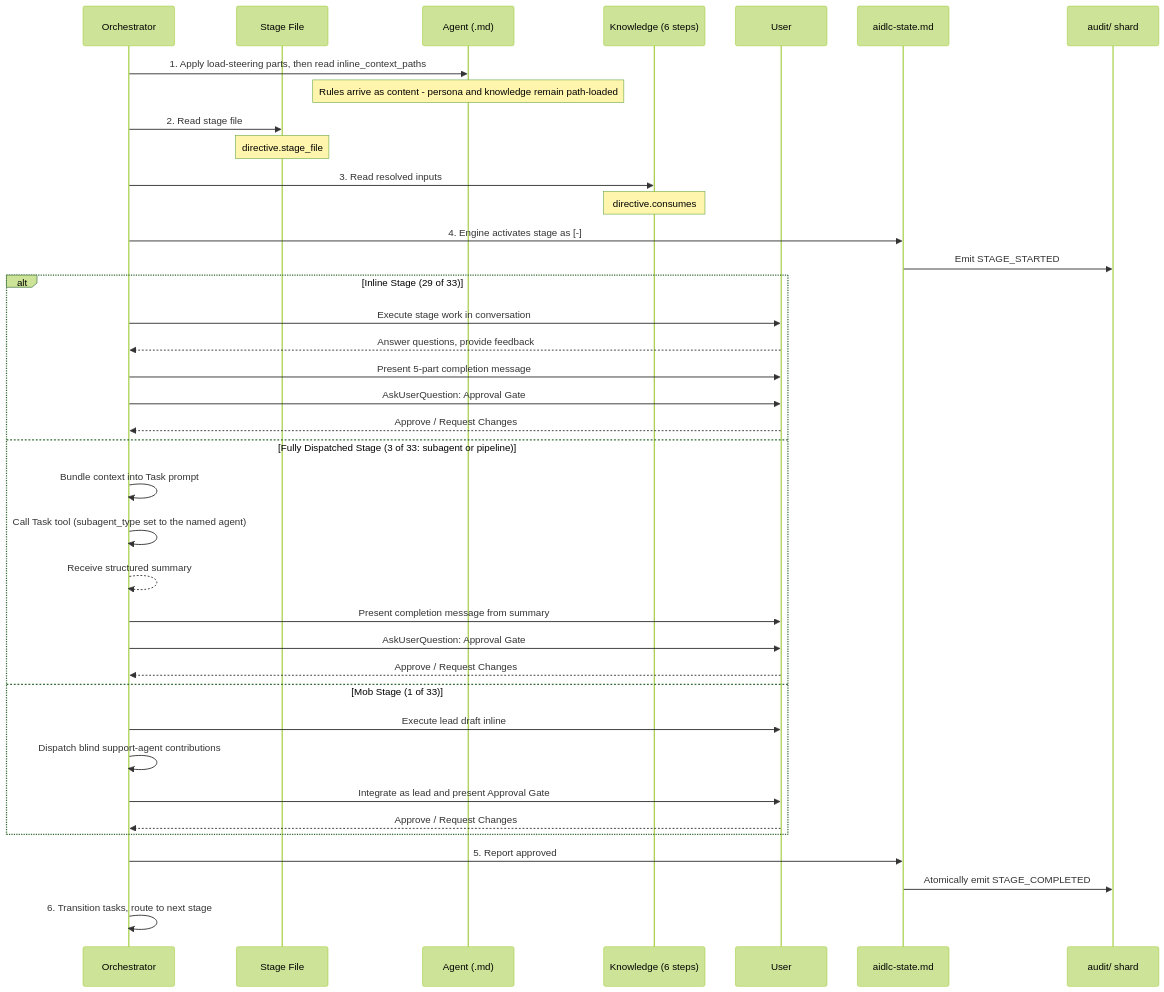
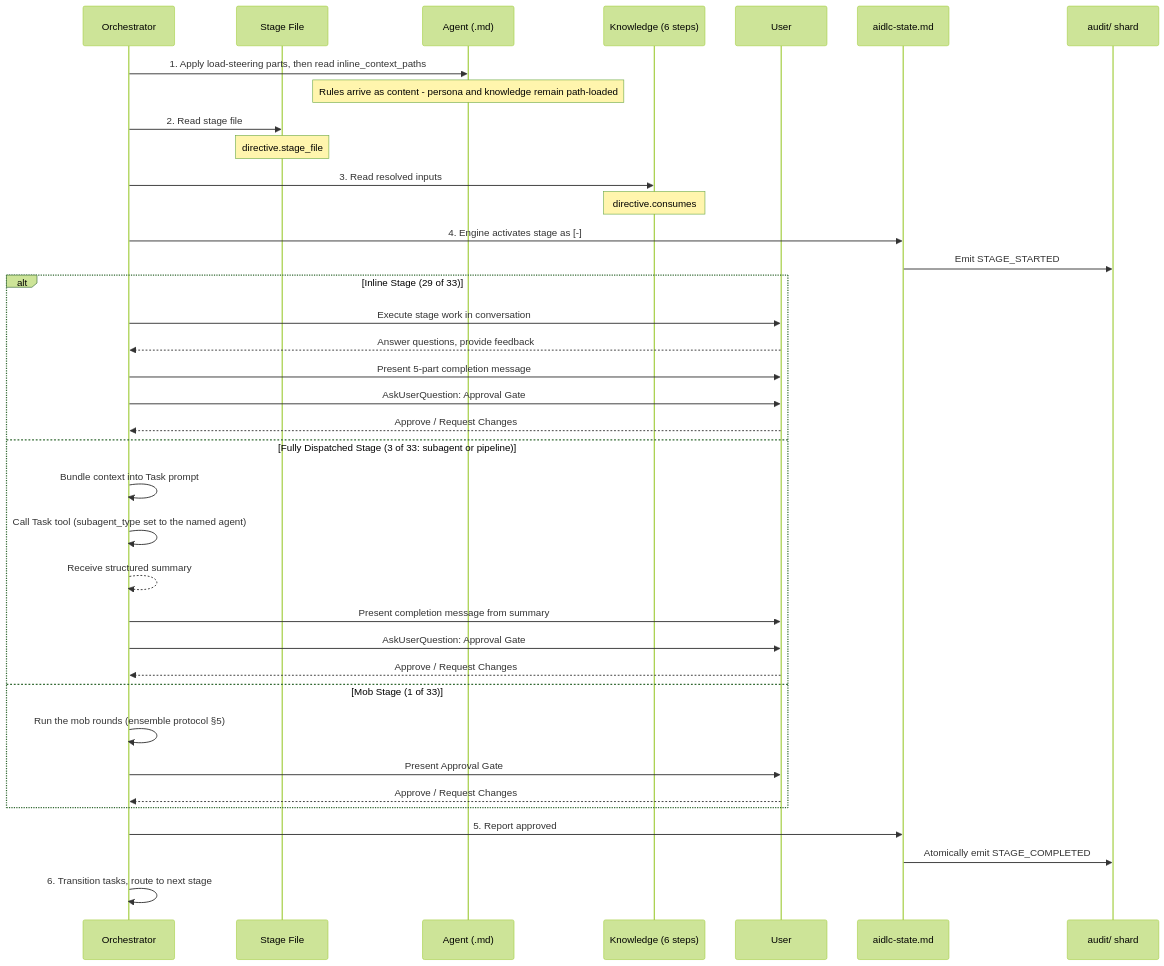
Before and after one commit to HailsTails/aidlc-workflows: the second of 4 diagrams in docs/reference/03-orchestrator.md, drawn with Mermaid (forest theme). The commit also changed other lines of this file and 35 other files, not shown here.

First line of the commit message:
Mob seats and the lead write the stage's outputs together (#74)

````diff
--- a/docs/reference/03-orchestrator.md
+++ b/docs/reference/03-orchestrator.md
@@ -356,46 +356,45 @@
 ```mermaid
 sequenceDiagram
     participant O as Orchestrator
     participant SF as Stage File
     participant A as Agent (.md)
     participant K as Knowledge (6 steps)
     participant U as User
     participant S as aidlc-state.md
     participant AU as audit/ shard
 
     O->>A: 1. Apply load-steering parts, then read inline_context_paths
     Note over A: Rules arrive as content - persona and knowledge remain path-loaded
 
     O->>SF: 2. Read stage file
     Note over SF: directive.stage_file
 
     O->>K: 3. Read resolved inputs
     Note over K: directive.consumes
 
     O->>S: 4. Engine activates stage as [-]
     S->>AU: Emit STAGE_STARTED
 
     alt Inline Stage (29 of 33)
         O->>U: Execute stage work in conversation
         U-->>O: Answer questions, provide feedback
         O->>U: Present 5-part completion message
         O->>U: AskUserQuestion: Approval Gate
         U-->>O: Approve / Request Changes
     else Fully Dispatched Stage (3 of 33: subagent or pipeline)
         O->>O: Bundle context into Task prompt
         O->>O: Call Task tool (subagent_type set to the named agent)
         O-->>O: Receive structured summary
         O->>U: Present completion message from summary
         O->>U: AskUserQuestion: Approval Gate
         U-->>O: Approve / Request Changes
     else Mob Stage (1 of 33)
-        O->>U: Execute lead draft inline
-        O->>O: Dispatch blind support-agent contributions
-        O->>U: Integrate as lead and present Approval Gate
+        O->>O: Run the mob rounds (ensemble protocol §5)
+        O->>U: Present Approval Gate
         U-->>O: Approve / Request Changes
     end
 
     O->>S: 5. Report approved
     S->>AU: Atomically emit STAGE_COMPLETED
     O->>O: 6. Transition tasks, route to next stage
 ```
````
